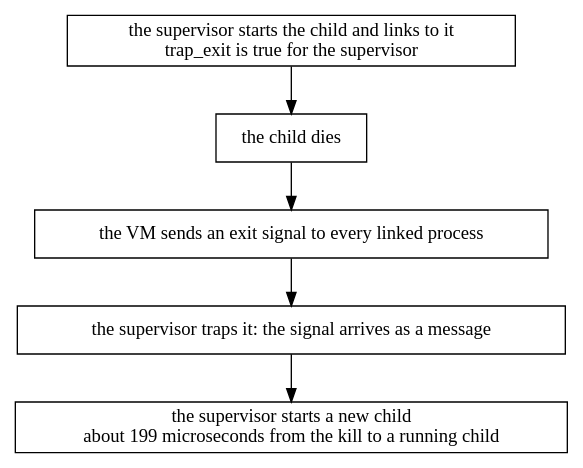
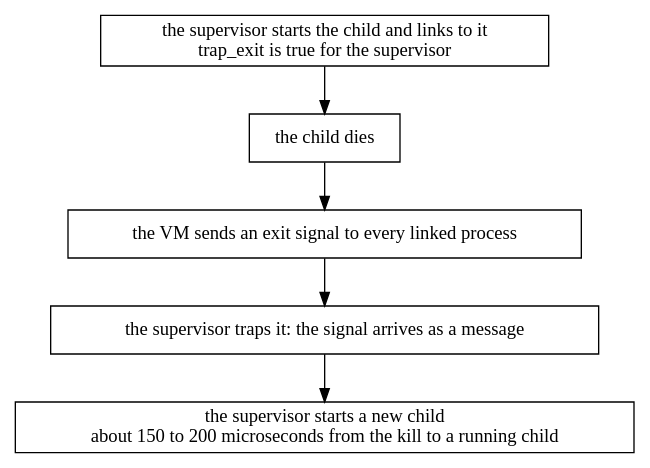
One commit to danceinthefake/visualixir changed the diagram in docs/diagrams/supervisor-and-application/uth-supervision.dot. Above: the diagram before and after it, drawn with Graphviz. The commit also changed 37 other files, not shown here.

```diff
--- a/docs/diagrams/supervisor-and-application/uth-supervision.dot
+++ b/docs/diagrams/supervisor-and-application/uth-supervision.dot
@@ -1,9 +1,9 @@
 digraph supervision {
   node [shape=box]
   a [label="the supervisor starts the child and links to it\ntrap_exit is true for the supervisor"]
   b [label="the child dies"]
   c [label="the VM sends an exit signal to every linked process" class=hl]
   d [label="the supervisor traps it: the signal arrives as a message"]
-  e [label="the supervisor starts a new child\nabout 199 microseconds from the kill to a running child"]
+  e [label="the supervisor starts a new child\nabout 150 to 200 microseconds from the kill to a running child"]
   a -> b -> c -> d -> e
 }
```
